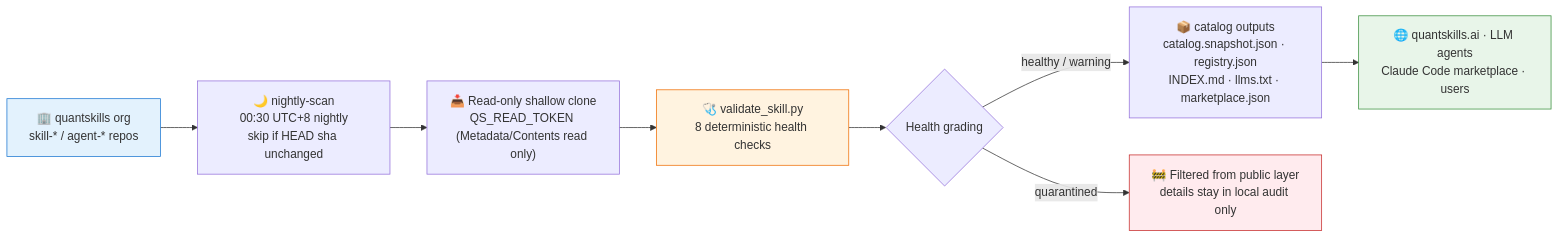
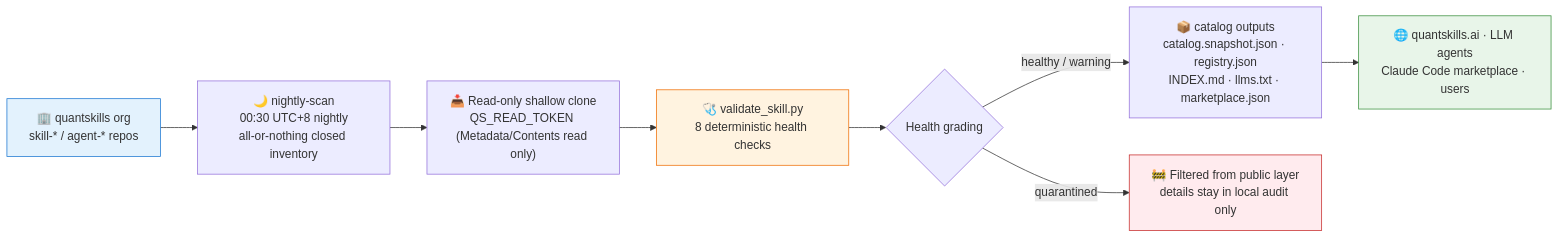
The diagram in README.en.md (quantskills/registry), drawn with Mermaid before and after one commit. The commit also changed other lines of this file and 5 other files, not shown here.

````diff
--- a/README.en.md
+++ b/README.en.md
@@ -36,15 +36,15 @@
 ```mermaid
 flowchart LR
-    A["🏢 quantskills org<br/>skill-* / agent-* repos"] --> B["🌙 nightly-scan<br/>00:30 UTC+8 nightly<br/>skip if HEAD sha unchanged"]
+    A["🏢 quantskills org<br/>skill-* / agent-* repos"] --> B["🌙 nightly-scan<br/>00:30 UTC+8 nightly<br/>all-or-nothing closed inventory"]
     B --> C["📥 Read-only shallow clone<br/>QS_READ_TOKEN (Metadata/Contents read only)"]
     C --> D["🩺 validate_skill.py<br/>8 deterministic health checks"]
     D --> E{"Health grading"}
     E -->|"healthy / warning"| F["📦 catalog outputs<br/>catalog.snapshot.json · registry.json<br/>INDEX.md · llms.txt · marketplace.json"]
     E -->|"quarantined"| G["🚧 Filtered from public layer<br/>details stay in local audit only"]
     F --> H["🌐 quantskills.ai · LLM agents<br/>Claude Code marketplace · users"]
 
     style A fill:#e3f2fd,stroke:#1976d2
     style D fill:#fff3e0,stroke:#ef6c00
     style G fill:#ffebee,stroke:#c62828
     style H fill:#e8f5e9,stroke:#388e3c
 ```
````
